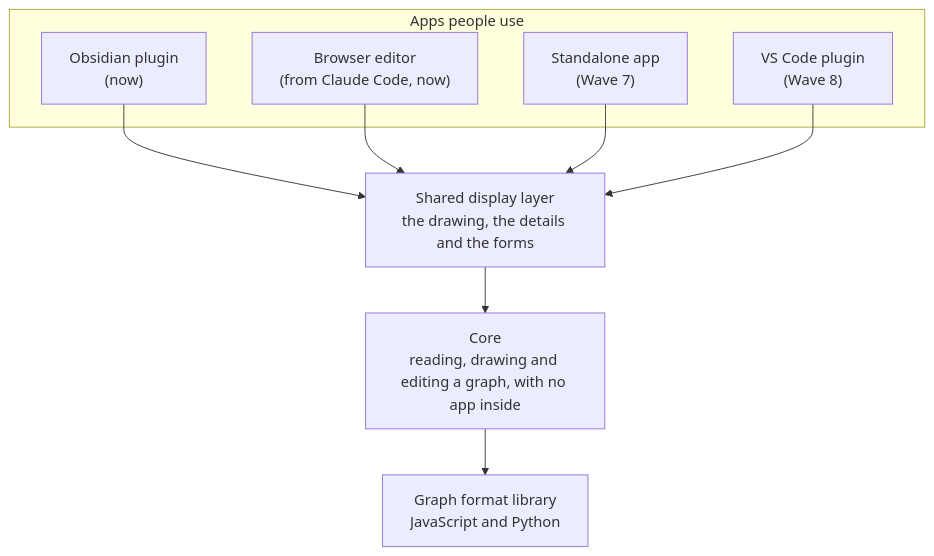
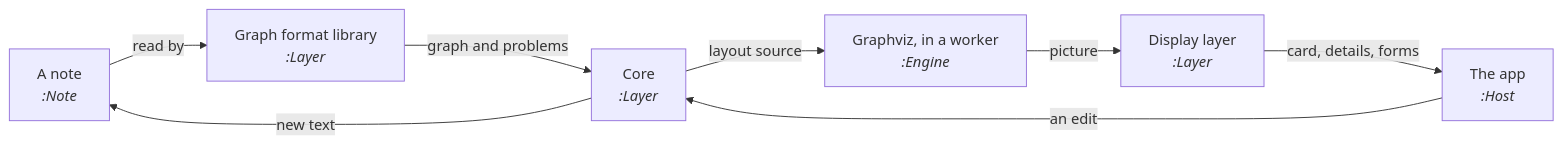
Before and after one commit to rogerbucks/graph-note: the diagram in wiki/Architecture.md, drawn with Mermaid. The commit also changed other lines of this file and 15 other files, not shown here.

````diff
--- a/wiki/Architecture.md
+++ b/wiki/Architecture.md
@@ -6,17 +28,10 @@
 ```mermaid
-flowchart TB
-  subgraph Apps["Apps people use"]
-    O["Obsidian plugin<br/>(now)"]
-    B["Browser editor<br/>(from Claude Code, now)"]
-    S["Standalone app<br/>(Wave 7)"]
-    V["VS Code plugin<br/>(Wave 8)"]
-  end
-  D["Shared display layer<br/>the drawing, the details and the forms"]
-  C["Core<br/>reading, drawing and editing a graph, with no app inside"]
-  L["Graph format library<br/>JavaScript and Python"]
-  O --> D
-  B --> D
-  S --> D
-  V --> D
-  D --> C --> L
+flowchart LR
+  N["A note<br/><i>:Note</i>"] -->|read by| L["Graph format library<br/><i>:Layer</i>"]
+  L -->|graph and problems| C["Core<br/><i>:Layer</i>"]
+  C -->|layout source| G["Graphviz, in a worker<br/><i>:Engine</i>"]
+  G -->|picture| D["Display layer<br/><i>:Layer</i>"]
+  D -->|card, details, forms| A["The app<br/><i>:Host</i>"]
+  A -->|an edit| C
+  C -->|new text| N
 ```
````
